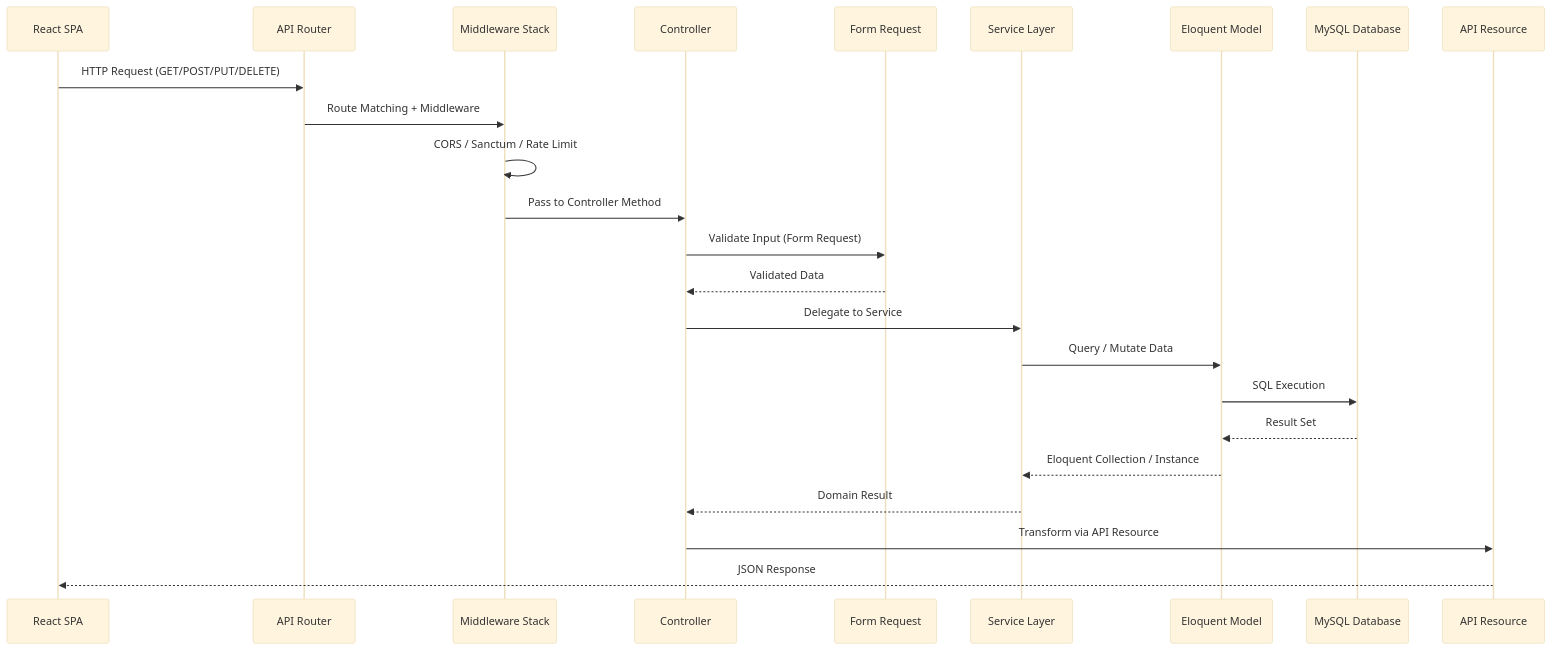
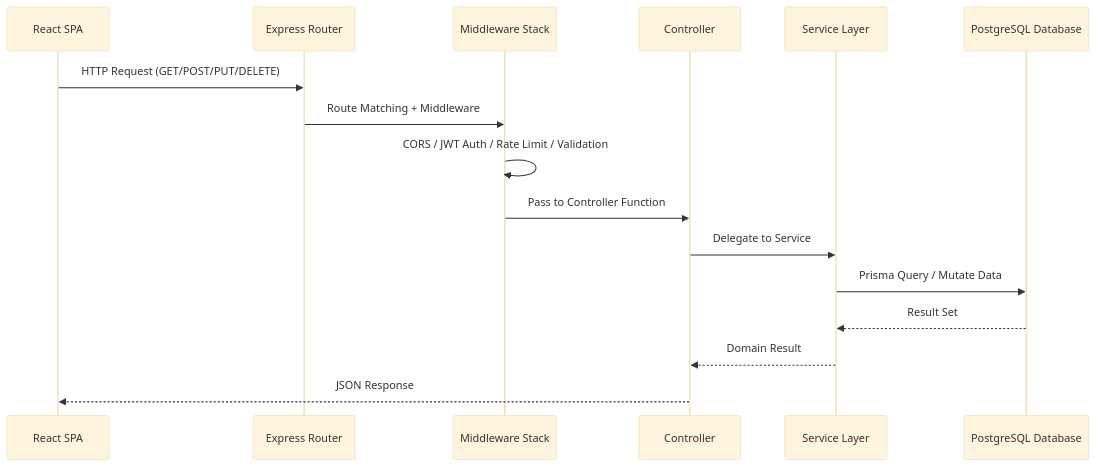
One commit to bitsy6699/WebDesa changed the first of 5 diagrams in docs/engineering/BACKEND_ARCHITECTURE.md. Above: the diagram before and after it, drawn with Mermaid (base theme). The commit also changed other lines of this file and 545 other files, not shown here.

First line of the commit message:
migrate: Laravel → Node.js (Express + Prisma), TSX → JSX, experience redesign

````diff
--- a/docs/engineering/BACKEND_ARCHITECTURE.md
+++ b/docs/engineering/BACKEND_ARCHITECTURE.md
@@ -31,27 +30,19 @@
 ```mermaid
 sequenceDiagram
     participant Client as React SPA
-    participant Router as API Router
+    participant Router as Express Router
     participant MW as Middleware Stack
     participant Ctrl as Controller
-    participant FR as Form Request
     participant Svc as Service Layer
-    participant Model as Eloquent Model
-    participant DB as MySQL Database
-    participant Res as API Resource
+    participant DB as PostgreSQL Database
 
     Client->>Router: HTTP Request (GET/POST/PUT/DELETE)
     Router->>MW: Route Matching + Middleware
-    MW->>MW: CORS / Sanctum / Rate Limit
-    MW->>Ctrl: Pass to Controller Method
-    Ctrl->>FR: Validate Input (Form Request)
-    FR-->>Ctrl: Validated Data
+    MW->>MW: CORS / JWT Auth / Rate Limit / Validation
+    MW->>Ctrl: Pass to Controller Function
     Ctrl->>Svc: Delegate to Service
-    Svc->>Model: Query / Mutate Data
-    Model->>DB: SQL Execution
-    DB-->>Model: Result Set
-    Model-->>Svc: Eloquent Collection / Instance
+    Svc->>DB: Prisma Query / Mutate Data
+    DB-->>Svc: Result Set
     Svc-->>Ctrl: Domain Result
-    Ctrl->>Res: Transform via API Resource
-    Res-->>Client: JSON Response
+    Ctrl-->>Client: JSON Response
 ```
````
